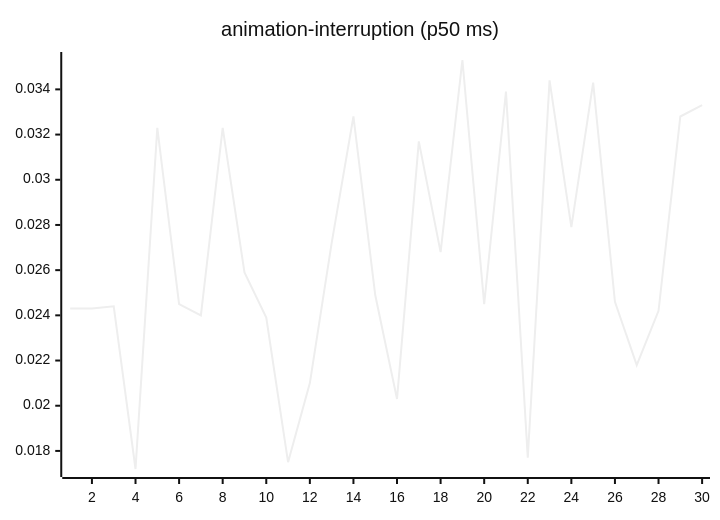
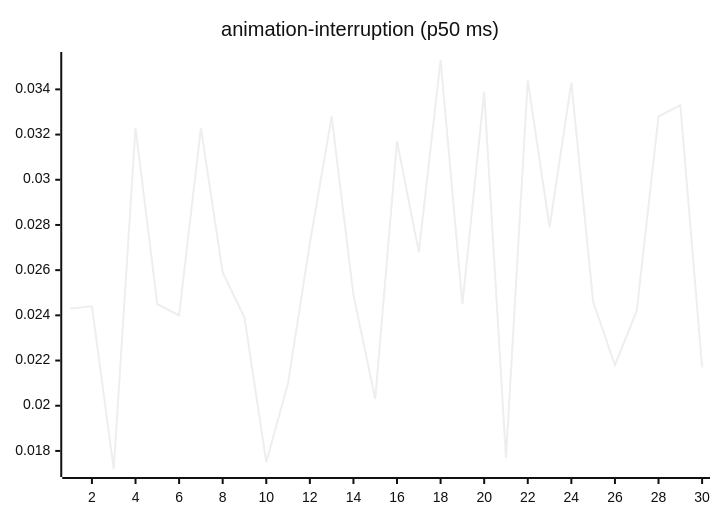
One commit to josha/Facet changed the third of 27 diagrams in README.md. Above: the diagram before and after it, drawn with Mermaid (neutral theme). The commit also changed other lines of this file and 2 other files, not shown here.

````diff
--- a/README.md
+++ b/README.md
@@ -77,6 +77,6 @@
 ```mermaid
 xychart-beta
     title "animation-interruption (p50 ms)"
     x-axis 1 --> 30
-    line [0.0243, 0.0243, 0.0244, 0.0172, 0.0323, 0.0245, 0.0240, 0.0323, 0.0259, 0.0239, 0.0175, 0.0210, 0.0272, 0.0328, 0.0249, 0.0203, 0.0317, 0.0268, 0.0353, 0.0245, 0.0339, 0.0177, 0.0344, 0.0279, 0.0343, 0.0246, 0.0218, 0.0242, 0.0328, 0.0333]
+    line [0.0243, 0.0244, 0.0172, 0.0323, 0.0245, 0.0240, 0.0323, 0.0259, 0.0239, 0.0175, 0.0210, 0.0272, 0.0328, 0.0249, 0.0203, 0.0317, 0.0268, 0.0353, 0.0245, 0.0339, 0.0177, 0.0344, 0.0279, 0.0343, 0.0246, 0.0218, 0.0242, 0.0328, 0.0333, 0.0217]
 ```
````
